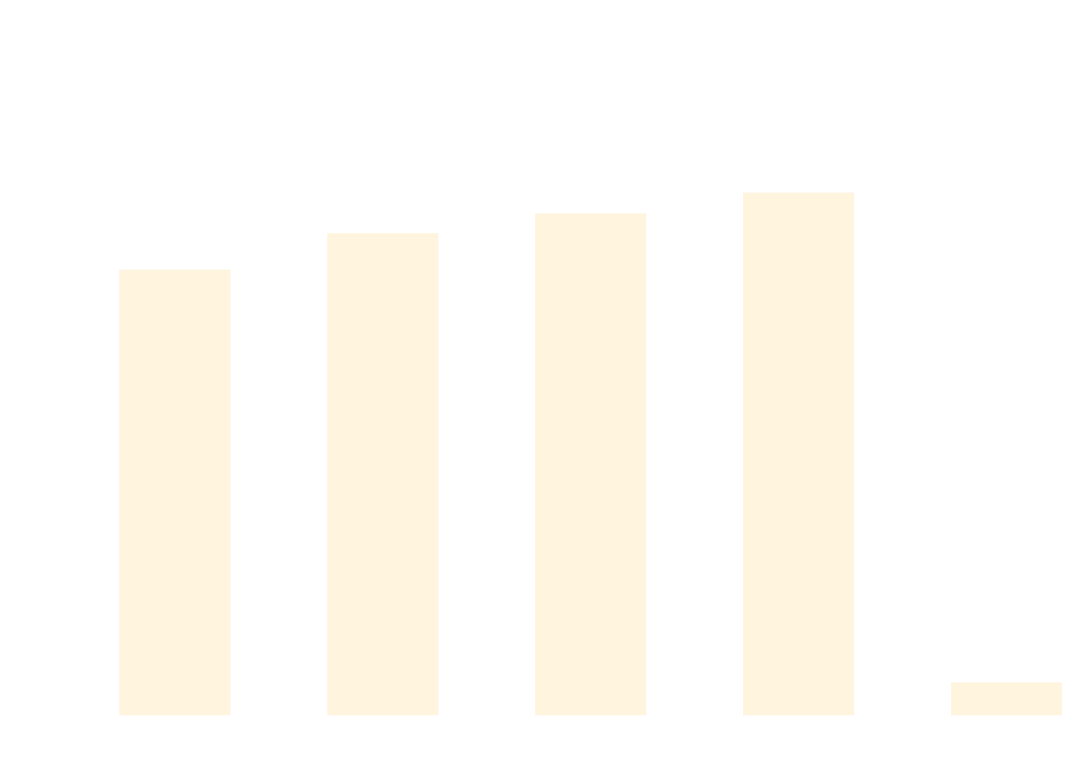
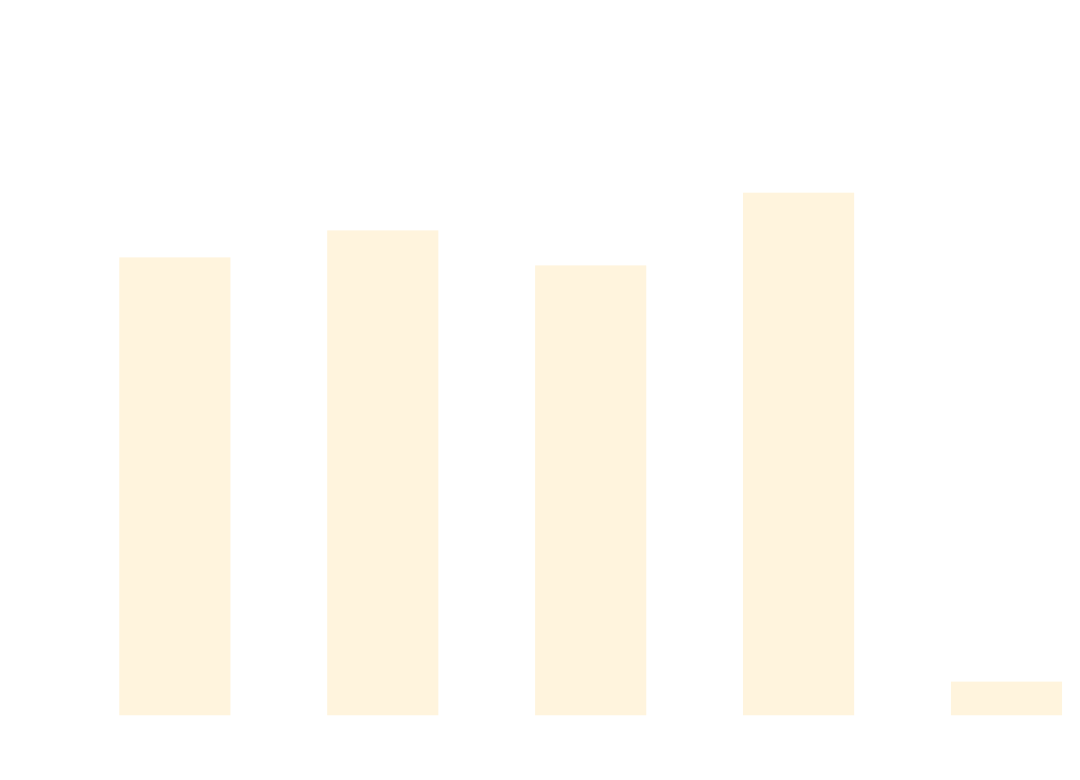
Before and after one commit to thomhurst/TUnit: the diagram in docs/docs/benchmarks/DataDrivenTests.md, drawn with Mermaid. The commit also changed other lines of this file and 17 other files, not shown here.

````diff
--- a/docs/docs/benchmarks/DataDrivenTests.md
+++ b/docs/docs/benchmarks/DataDrivenTests.md
@@ -27,37 +27,37 @@
 ```mermaid
 %%{init: {
   'theme':'base',
   'themeVariables': {
     'primaryColor': '#2563eb',
     'primaryTextColor': '#ffffff',
     'primaryBorderColor': '#1e40af',
     'lineColor': '#6b7280',
     'secondaryColor': '#7c3aed',
     'tertiaryColor': '#dc2626',
     'background': '#ffffff',
     'mainBkg': '#2563eb',
     'secondBkg': '#7c3aed',
     'tertiaryBkg': '#dc2626',
     'clusterBkg': '#f3f4f6',
     'edgeLabelBackground': '#ffffff',
     'tertiaryTextColor': '#1f2937',
     'pie1': '#2563eb',
     'pie2': '#7c3aed',
     'pie3': '#dc2626',
     'pie4': '#f59e0b',
     'pie5': '#10b981',
     'pie6': '#06b6d4',
     'pie7': '#ec4899',
     'pie8': '#6366f1',
     'pie9': '#84cc16',
     'pie10': '#f97316',
     'pie11': '#14b8a6',
     'pie12': '#a855f7'
   }
 }}%%
 xychart-beta
   title "DataDrivenTests Performance Comparison"
   x-axis ["TUnit", "NUnit", "MSTest", "xUnit3", "TUnit_AOT"]
-  y-axis "Time (ms)" 0 --> 711
-  bar [502.79, 545.05, 567.99, 592.12, 24.43]
+  y-axis "Time (ms)" 0 --> 689
+  bar [501.02, 531.32, 492.03, 573.68, 24.58]
 ```
````
